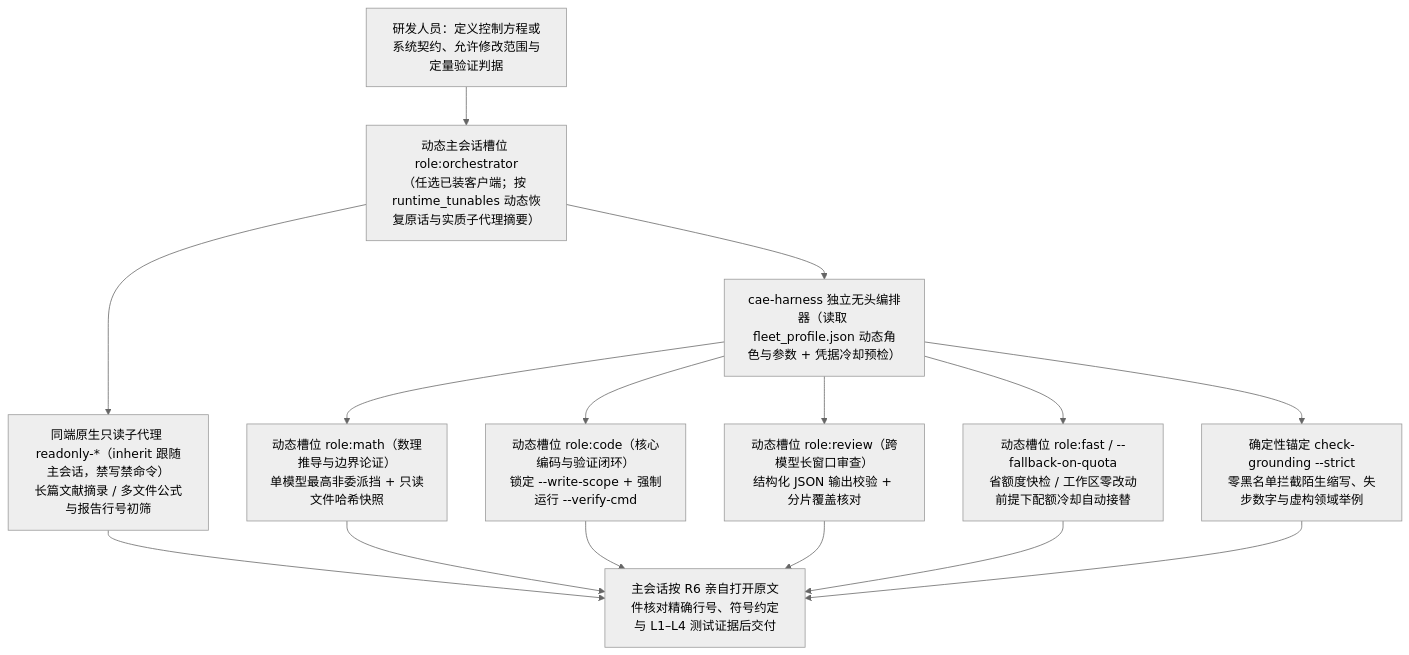
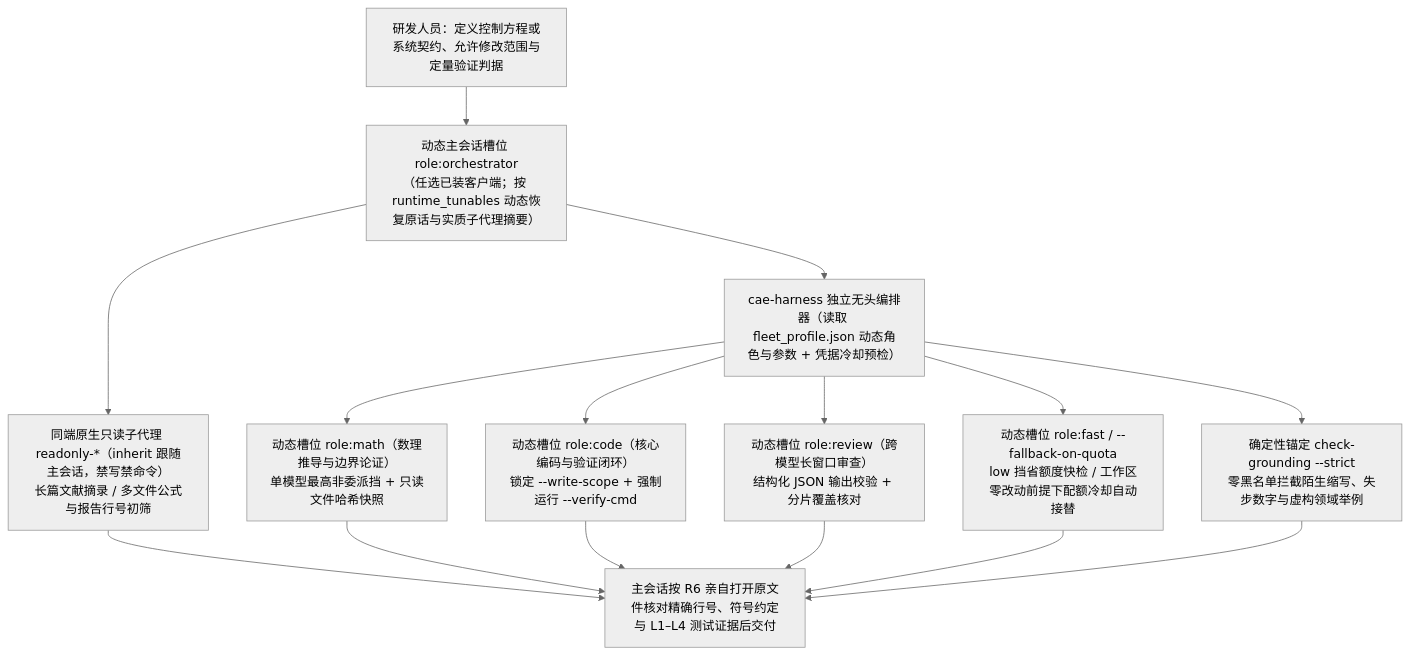
The diagram in README.md (Xinyu-Li-1997/Antigravity_Codex_ClaudeCode_DeepSeekHarness), drawn with Mermaid (neutral theme) before and after one commit. The commit also changed other lines of this file and 36 other files, not shown here.

First line of the commit message:
feat(v1.14.0): 全量收口 runtime_tunables、加固钩子与编排器及路由边界并整篇重写图文文档

````diff
--- a/README.md
+++ b/README.md
@@ -108,17 +119,17 @@
 ```mermaid
 flowchart TB
     U["研发人员：定义控制方程或系统契约、允许修改范围与定量验证判据"] --> O["动态主会话槽位 role:orchestrator<br/>（任选已装客户端；按 runtime_tunables 动态恢复原话与实质子代理摘要）"]
     O --> N["同端原生只读子代理 readonly-*（inherit 跟随主会话，禁写禁命令）<br/>长篇文献摘录 / 多文件公式与报告行号初筛"]
     O --> H["cae-harness 独立无头编排器（读取 fleet_profile.json 动态角色与参数 + 凭据冷却预检）"]
     H --> M1["动态槽位 role:math（数理推导与边界论证）<br/>单模型最高非委派挡 + 只读文件哈希快照"]
     H --> M2["动态槽位 role:code（核心编码与验证闭环）<br/>锁定 --write-scope + 强制运行 --verify-cmd"]
     H --> M3["动态槽位 role:review（跨模型长窗口审查）<br/>结构化 JSON 输出校验 + 分片覆盖核对"]
-    H --> M4["动态槽位 role:fast / --fallback-on-quota<br/>省额度快检 / 工作区零改动前提下配额冷却自动接替"]
+    H --> M4["动态槽位 role:fast / --fallback-on-quota<br/>low 挡省额度快检 / 工作区零改动前提下配额冷却自动接替"]
     H --> G["确定性锚定 check-grounding --strict<br/>零黑名单拦截陌生缩写、失步数字与虚构领域举例"]
     N --> V["主会话按 R6 亲自打开原文件核对精确行号、符号约定与 L1–L4 测试证据后交付"]
     M1 --> V
     M2 --> V
     M3 --> V
     M4 --> V
     G --> V
 ```
````
